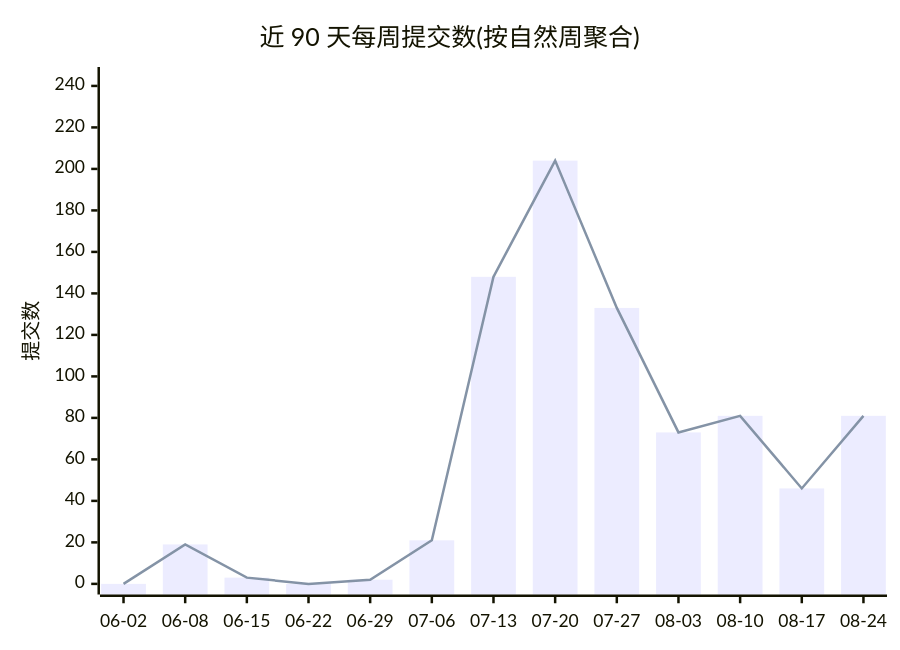
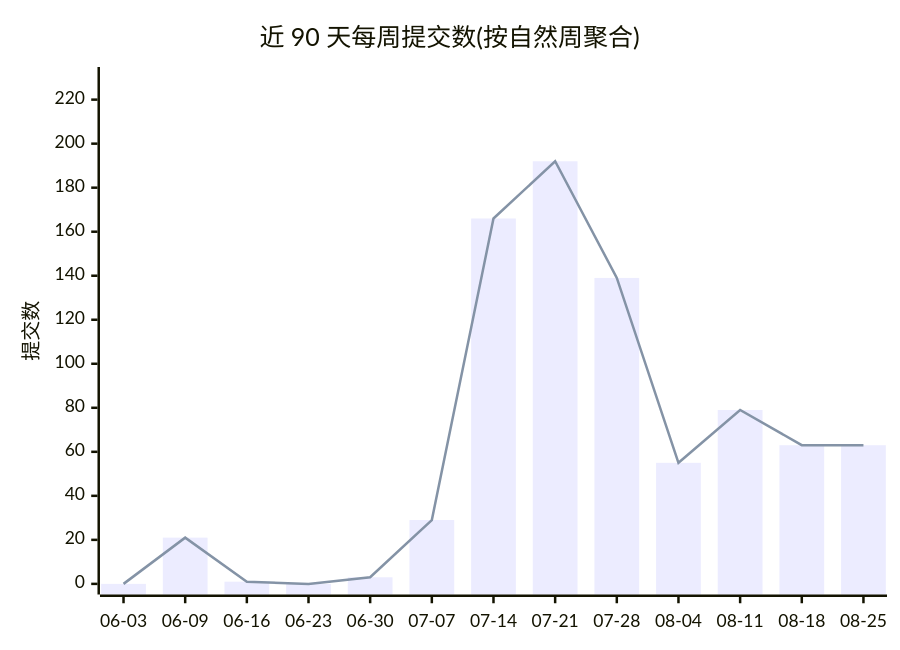
One commit to Conflux-Union/.github changed the first of 2 diagrams in profile/README.md. Above: the diagram before and after it, drawn with Mermaid. The commit also changed other lines of this file and 1 other file, not shown here.

Commit message:
chore(stats): refresh org commit stats

````diff
--- a/profile/README.md
+++ b/profile/README.md
@@ -44,8 +44,8 @@
 ```mermaid
 xychart-beta
     title "近 90 天每周提交数(按自然周聚合)"
-    x-axis ["06-02", "06-08", "06-15", "06-22", "06-29", "07-06", "07-13", "07-20", "07-27", "08-03", "08-10", "08-17", "08-24"]
-    y-axis "提交数" 0 --> 244
-    bar [0, 19, 3, 0, 2, 21, 148, 204, 133, 73, 81, 46, 81]
-    line [0, 19, 3, 0, 2, 21, 148, 204, 133, 73, 81, 46, 81]
+    x-axis ["06-03", "06-09", "06-16", "06-23", "06-30", "07-07", "07-14", "07-21", "07-28", "08-04", "08-11", "08-18", "08-25"]
+    y-axis "提交数" 0 --> 230
+    bar [0, 21, 1, 0, 3, 29, 166, 192, 139, 55, 79, 63, 63]
+    line [0, 21, 1, 0, 3, 29, 166, 192, 139, 55, 79, 63, 63]
 ```
````
